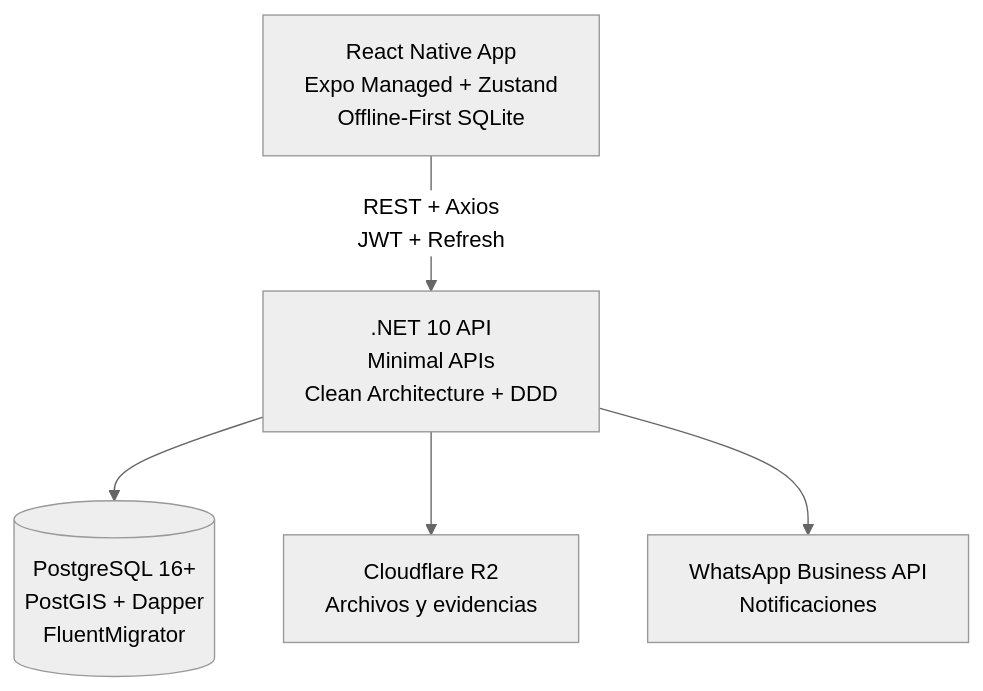
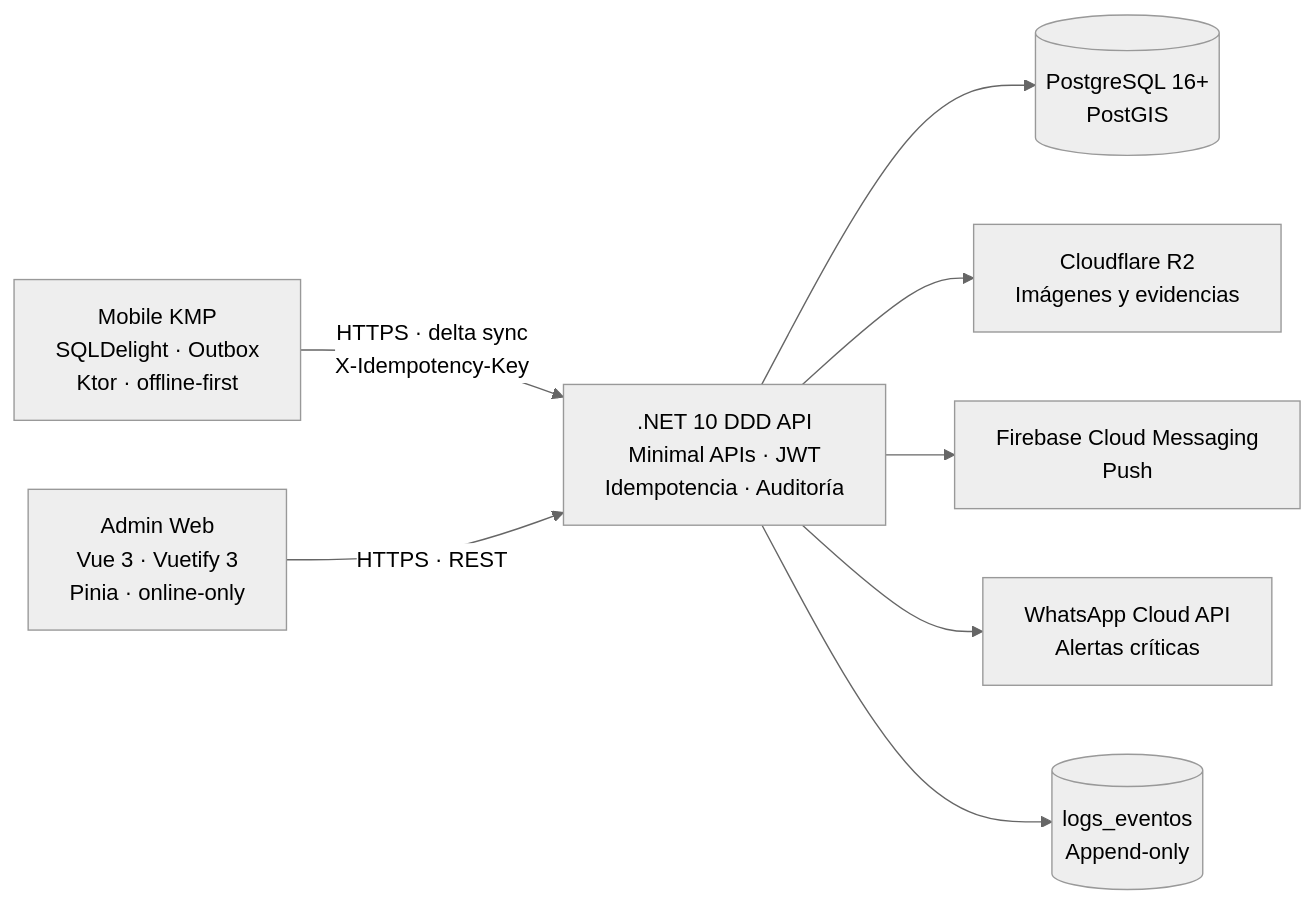
Before and after one commit to hyms/urbaPF: the diagram in README.md, drawn with Mermaid (neutral theme). The commit also changed other lines of this file and 38 other files, not shown here.

First line of the commit message:
docs(docs): refactor module documentation and update architecture specs

````diff
--- a/README.md
+++ b/README.md
@@ -10,7 +14,19 @@
 ```mermaid
-graph TD
-    A[React Native App<br/>Expo Managed + Zustand<br/>Offline-First SQLite] -->|REST + Axios<br/>JWT + Refresh| B[.NET 10 API<br/>Minimal APIs<br/>Clean Architecture + DDD]
-    B --> C[(PostgreSQL 16+<br/>PostGIS + Dapper<br/>FluentMigrator)]
-    B --> D[Cloudflare R2<br/>Archivos y evidencias]
-    B --> E[WhatsApp Business API<br/>Notificaciones]
+flowchart LR
+    M["Mobile KMP<br/>SQLDelight · Outbox<br/>Ktor · offline-first"]
+    A["Admin Web<br/>Vue 3 · Vuetify 3<br/>Pinia · online-only"]
+    API[".NET 10 DDD API<br/>Minimal APIs · JWT<br/>Idempotencia · Auditoría"]
+    DB[("PostgreSQL 16+<br/>PostGIS")]
+    R2["Cloudflare R2<br/>Imágenes y evidencias"]
+    FCM["Firebase Cloud Messaging<br/>Push"]
+    WA["WhatsApp Cloud API<br/>Alertas críticas"]
+    EV[("logs_eventos<br/>Append-only")]
+
+    M -->|"HTTPS · delta sync<br/>X-Idempotency-Key"| API
+    A -->|"HTTPS · REST"| API
+    API --> DB
+    API --> R2
+    API --> FCM
+    API --> WA
+    API --> EV
 ```
````
